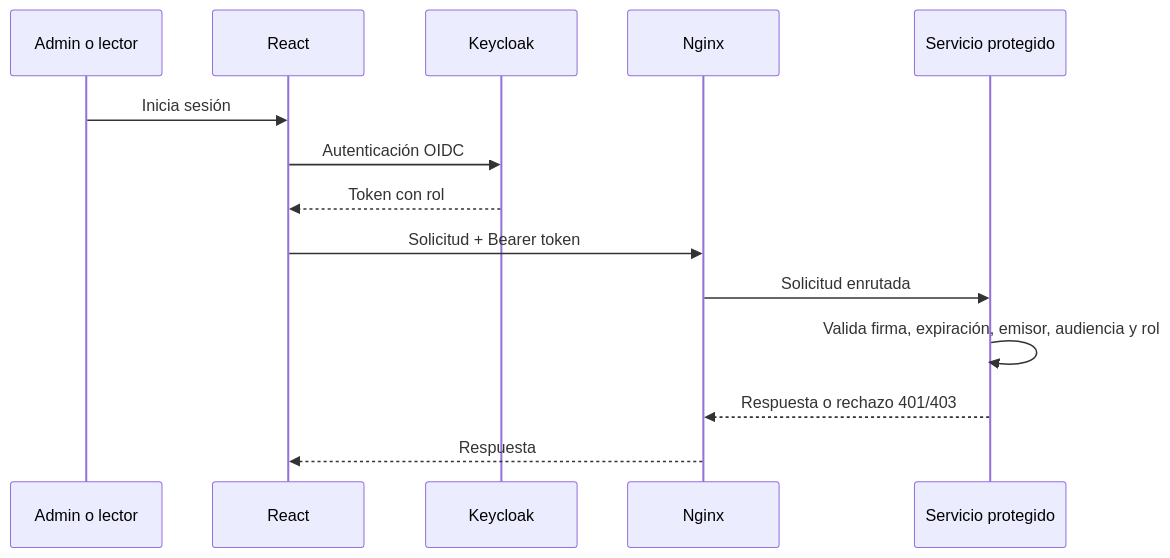
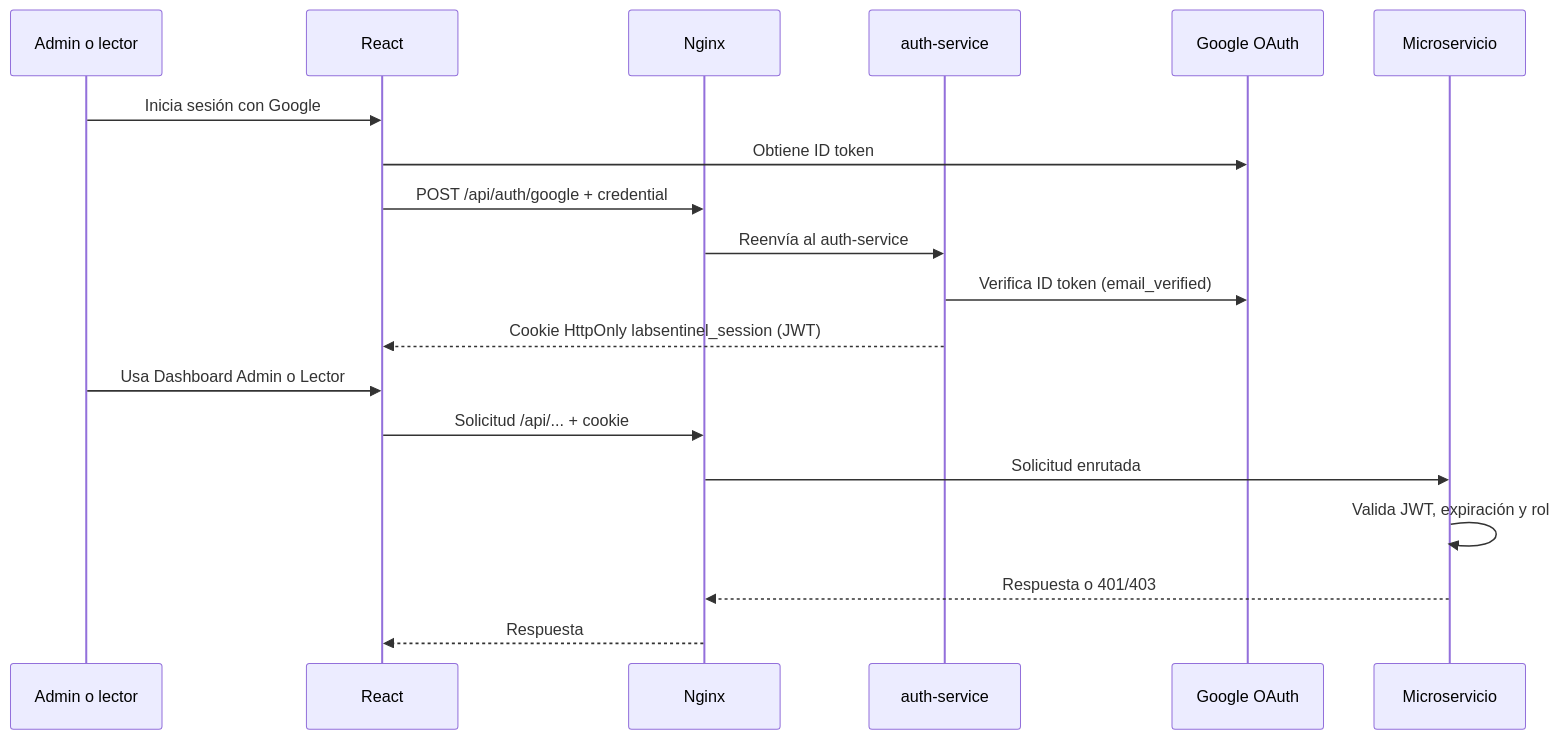
Before and after one commit to ParcheEnGit/seguridad-microservicios: the first of 2 diagrams in docs/arquitectura.md, drawn with Mermaid. The commit also changed other lines of this file and 4 other files, not shown here.

````diff
--- a/docs/arquitectura.md
+++ b/docs/arquitectura.md
@@ -18,17 +20,22 @@
 ```mermaid
 sequenceDiagram
     participant U as Admin o lector
     participant F as React
-    participant K as Keycloak
     participant G as Nginx
-    participant S as Servicio protegido
+    participant A as auth-service
+    participant Google as Google OAuth
+    participant S as Microservicio
 
-    U->>F: Inicia sesión
-    F->>K: Autenticación OIDC
-    K-->>F: Token con rol
-    F->>G: Solicitud + Bearer token
+    U->>F: Inicia sesión con Google
+    F->>Google: Obtiene ID token
+    F->>G: POST /api/auth/google + credential
+    G->>A: Reenvía al auth-service
+    A->>Google: Verifica ID token (email_verified)
+    A-->>F: Cookie HttpOnly labsentinel_session (JWT)
+    U->>F: Usa Dashboard Admin o Lector
+    F->>G: Solicitud /api/... + cookie
     G->>S: Solicitud enrutada
-    S->>S: Valida firma, expiración, emisor, audiencia y rol
-    S-->>G: Respuesta o rechazo 401/403
+    S->>S: Valida JWT, expiración y rol
+    S-->>G: Respuesta o 401/403
     G-->>F: Respuesta
 ```
````
